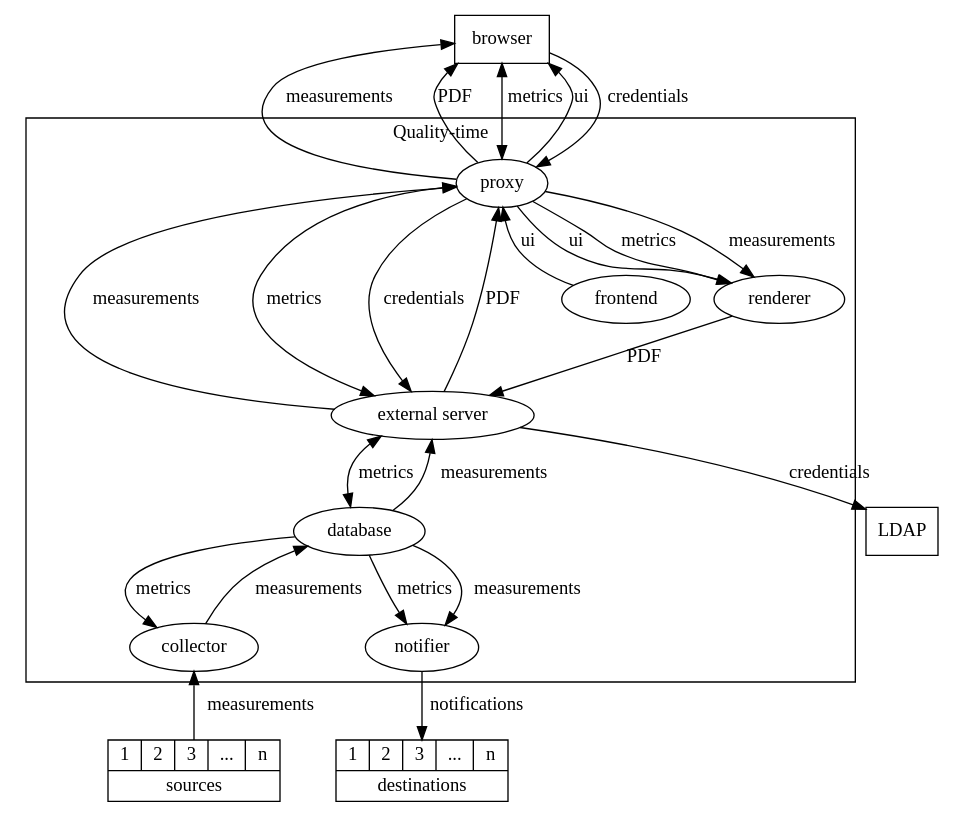
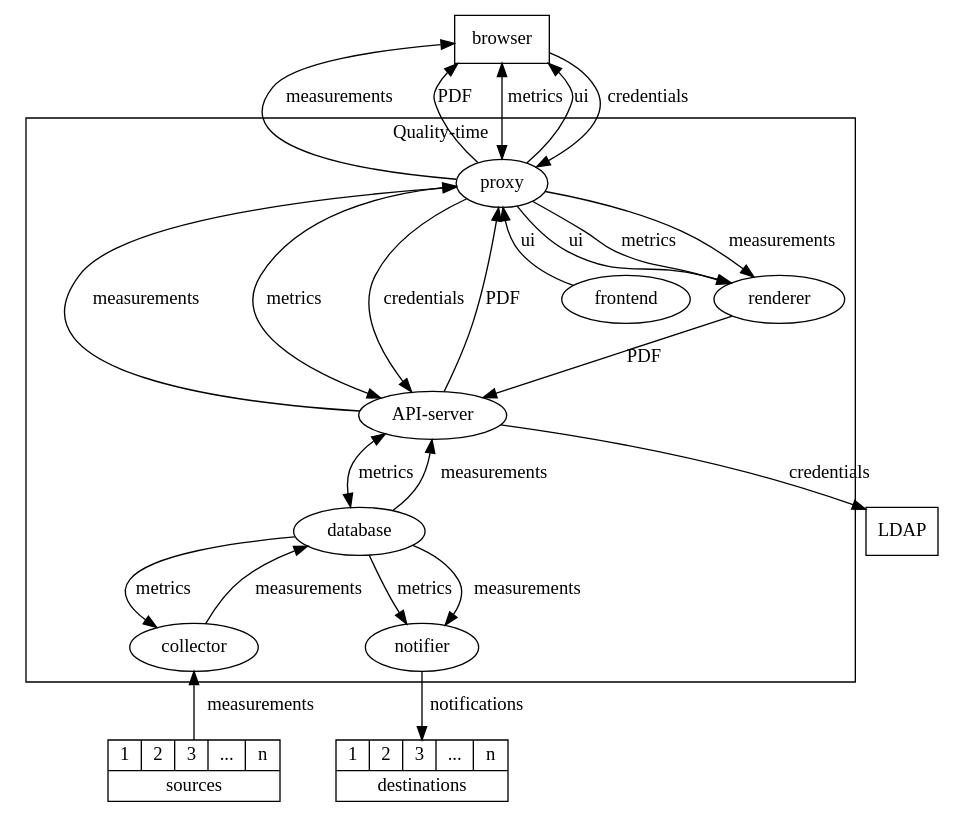
The diagram in docs/src/components-light.dot (ICTU/quality-time), drawn with Graphviz before and after one commit. The commit also changed 125 other files, not shown here.

Commit message:
Rename external server (external_server) to API-server (api_server). Closes #6316.

```diff
--- a/docs/src/components-light.dot
+++ b/docs/src/components-light.dot
@@ -1,38 +1,38 @@
 digraph {
   graph [bcolor=transparant, fontname="SFMono-Regular"]
   node [fontname="SFMono-Regular"]
   edge [fontname="SFMono-Regular"]
   browser [shape=rectangle]
   ldap [shape=rectangle, label="LDAP"]
   subgraph cluster_qt {
     rank="min"
     label="Quality-time"
     color=black
-    external_server [label="external server"]
+    api_server [label="API-server"]
     proxy -> frontend [label=ui, dir="back"]
-    proxy -> external_server [label=measurements, dir="back"]
-    proxy -> external_server [label=metrics, dir="both"]
-    proxy -> external_server [label=credentials]
-    proxy -> external_server [label=PDF, dir="back"]
+    proxy -> api_server [label=measurements, dir="back"]
+    proxy -> api_server [label=metrics, dir="both"]
+    proxy -> api_server [label=credentials]
+    proxy -> api_server [label=PDF, dir="back"]
     proxy -> renderer [label=ui]
     proxy -> renderer [label=metrics]
     proxy -> renderer [label=measurements]
-    external_server -> database [label=metrics, dir="both"]
-    external_server -> database [label=measurements, dir="back"]
+    api_server -> database [label=metrics, dir="both"]
+    api_server -> database [label=measurements, dir="back"]
     database -> collector [label=metrics]
     database -> collector [label=measurements, dir="back"]
     database -> notifier [label=metrics]
     database -> notifier [label=measurements]
-    renderer -> external_server [label=PDF]
+    renderer -> api_server [label=PDF]
   }
   browser -> proxy [label=measurements, dir="back"]
   browser -> proxy [label=PDF, dir="back"]
   browser -> proxy [label=metrics, dir="both"]
   browser -> proxy [label=ui, dir="back"]
   browser -> proxy [label=credentials]
   collector -> source [label=measurements, dir="back"]
   notifier -> destination [label=notifications]
-  external_server -> ldap [label=credentials]
+  api_server -> ldap [label=credentials]
   source [label="{{1|2|3|...|n}|sources}" shape=record]
   destination [label="{{1|2|3|...|n}|destinations}" shape=record]
 }
```
